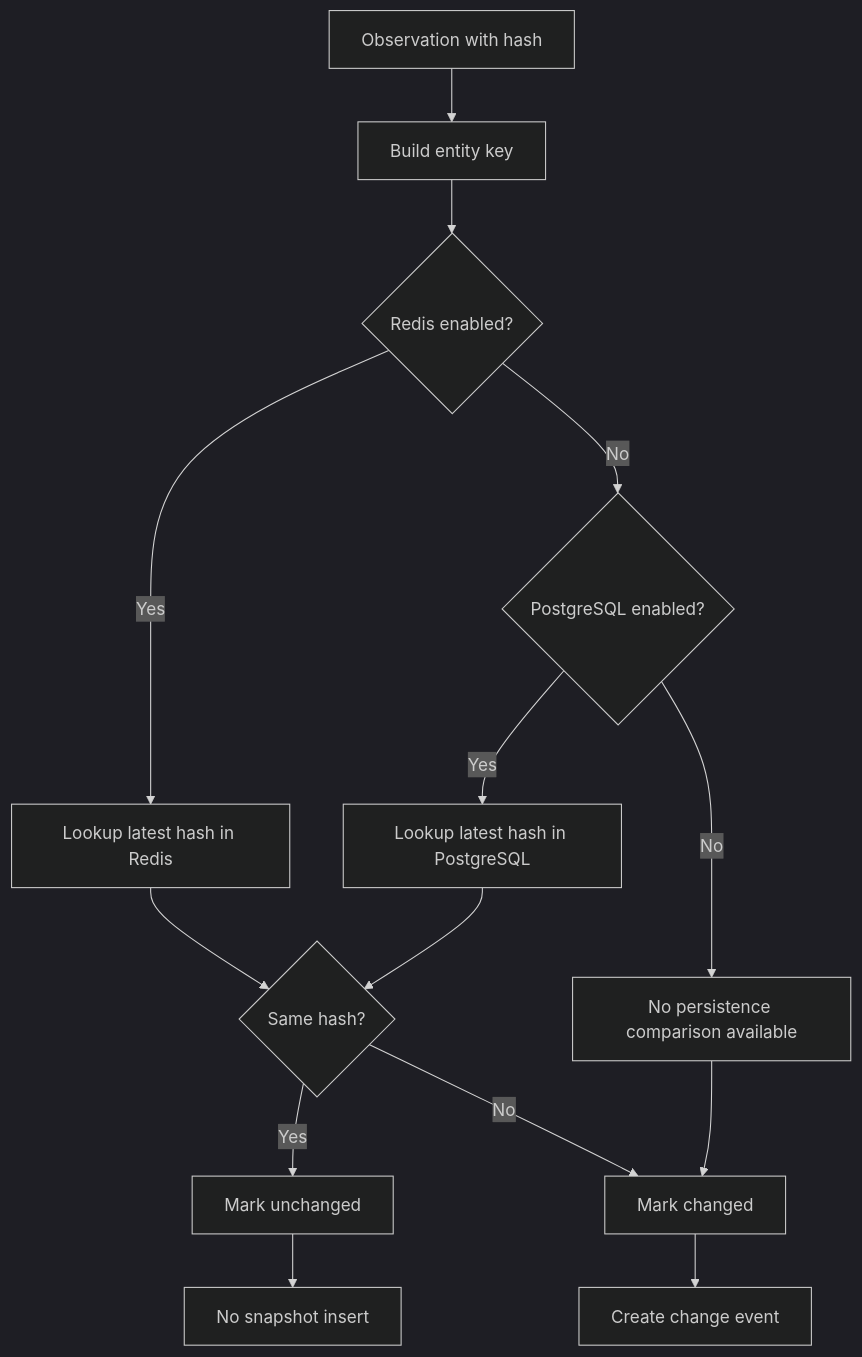
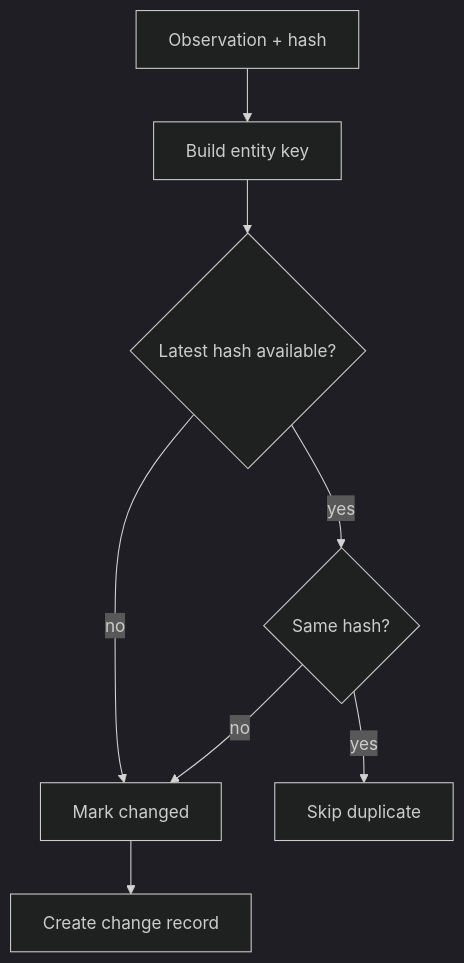
The sixth of 10 diagrams in docs/04_ALGORITHM_ANALYTICAL_MOP_AGENT.md (aveeshek/bosgenesis-k8s-data-ingestion-agent), drawn with Mermaid (dark theme) before and after one commit. The commit also changed other lines of this file and 4 other files, not shown here.

````diff
--- a/docs/04_ALGORITHM_ANALYTICAL_MOP_AGENT.md
+++ b/docs/04_ALGORITHM_ANALYTICAL_MOP_AGENT.md
@@ -247,19 +127,10 @@
 ```mermaid
 flowchart TD
-    Obs[Observation with hash] --> Key[Build entity key]
-    Key --> Cache{Redis enabled?}
-    Cache -->|Yes| RedisLookup[Lookup latest hash in Redis]
-    Cache -->|No| Pg{PostgreSQL enabled?}
-    Pg -->|Yes| PgLookup[Lookup latest hash in PostgreSQL]
-    Pg -->|No| OutputOnly[No persistence comparison available]
-
-    RedisLookup --> Compare{Same hash?}
-    PgLookup --> Compare
-
-    Compare -->|Yes| Unchanged[Mark unchanged]
-    Compare -->|No| Changed[Mark changed]
-    OutputOnly --> Changed
-
-    Changed --> Event[Create change event]
-    Unchanged --> Skip[No snapshot insert]
+    Obs["Observation + hash"] --> Key["Build entity key"]
+    Key --> Latest{"Latest hash available?"}
+    Latest -->|"yes"| Compare{"Same hash?"}
+    Latest -->|"no"| Changed["Mark changed"]
+    Compare -->|"yes"| Skip["Skip duplicate"]
+    Compare -->|"no"| Changed
+    Changed --> Event["Create change record"]
 ```
````
